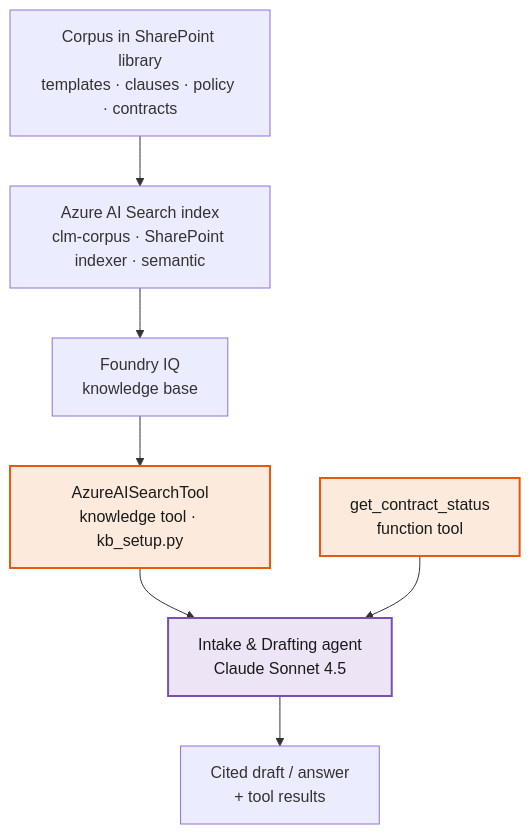
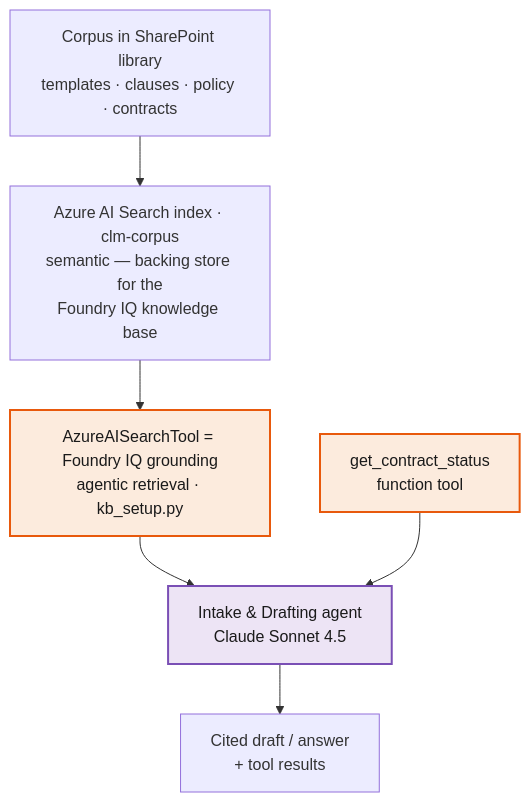
Before and after one commit to glejdis/microhack-aiagents: the diagram in challenge-1/README.md, drawn with Mermaid.

Commit message:
docs(challenge-1): correct Foundry IQ / Azure AI Search relationship in diagram
Azure AI Search is the BACKING STORE for the Foundry IQ knowledge base, not a
stage that runs before a separate "Foundry IQ" node. The code (kb_setup.py)
builds an AzureAISearchTool that points straight at the clm-corpus index and
does agentic retrieval — that tool *is* how Foundry IQ grounds. Merge the phantom
"Foundry IQ knowledge base" box into the index node (labeled as its backing
store) and label the tool as Foundry IQ grounding, matching challenge-0/README
("backing store for the Foundry IQ knowledge base (clm-corpus index)").

Copilot-Session: cdcf2e30-5195-431d-9519-1afcb98dcf0d

````diff
--- a/challenge-1/README.md
+++ b/challenge-1/README.md
@@ -55,12 +55,11 @@
 ```mermaid
 flowchart TB
-  A["Corpus in SharePoint library<br/>templates · clauses · policy · contracts"] --> B["Azure AI Search index<br/>clm-corpus · SharePoint indexer · semantic"]
-  B --> C["Foundry IQ<br/>knowledge base"]
-  C --> D["AzureAISearchTool<br/>knowledge tool · kb_setup.py"]
+  A["Corpus in SharePoint library<br/>templates · clauses · policy · contracts"] --> B["Azure AI Search index · clm-corpus<br/>semantic — backing store for the<br/>Foundry IQ knowledge base"]
+  B --> D["AzureAISearchTool = Foundry IQ grounding<br/>agentic retrieval · kb_setup.py"]
   D --> E["Intake &amp; Drafting agent<br/>Claude Sonnet 4.5"]
   F["get_contract_status<br/>function tool"] --> E
   E --> G["Cited draft / answer<br/>+ tool results"]
   style E fill:#EDE4F5,stroke:#7A4FB5,stroke-width:2px,color:#1A1A1A
   style D fill:#FCEBDD,stroke:#E8590C,stroke-width:2px,color:#1A1A1A
   style F fill:#FCEBDD,stroke:#E8590C,stroke-width:2px,color:#1A1A1A
 ```
````
